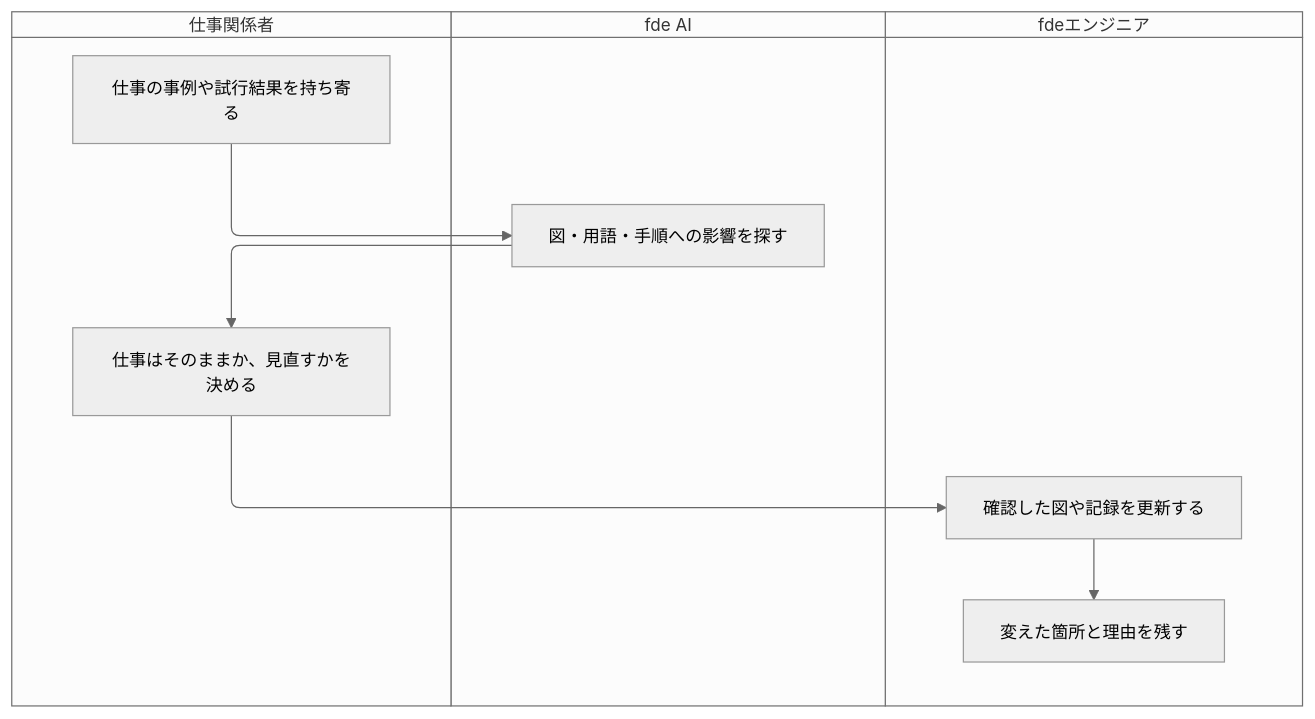
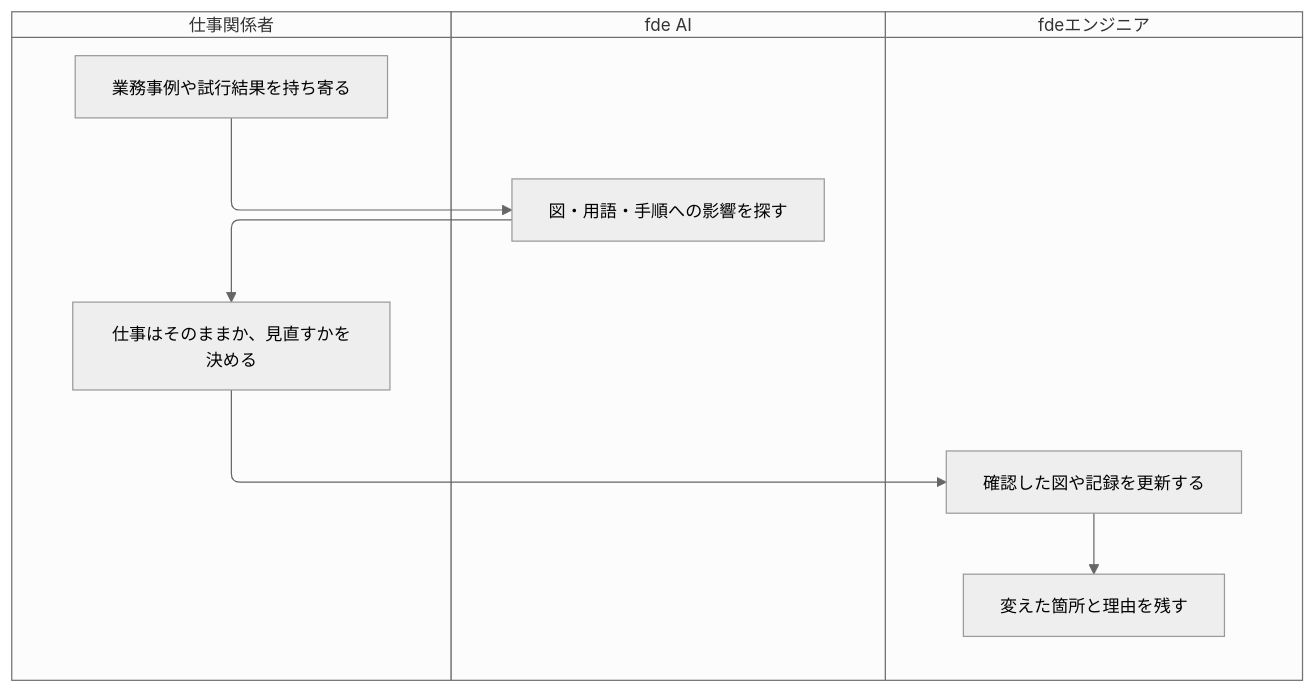
Before and after one commit to maakbo/fde: the second of 2 diagrams in experiments/fde-product-pivot/visualization/work/maintain/README.md, drawn with Mermaid. The commit also changed other lines of this file and 5 other files, not shown here.

````diff
--- a/experiments/fde-product-pivot/visualization/work/maintain/README.md
+++ b/experiments/fde-product-pivot/visualization/work/maintain/README.md
@@ -70,28 +70,28 @@
 ```mermaid
 ---
 config:
   theme: neutral
   swimlane:
     ignoreCrossLaneEdges: false
     optimizeRanksByCrossings: false
   themeVariables:
     fontFamily: "Inter, Hiragino Sans, sans-serif"
     fontSize: "14px"
 ---
 swimlane-beta TB
   accTitle: 指摘を確かめて直す
   accDescr: 仕事関係者が事例や結果を持ち寄り、fde AIが影響を探します。仕事関係者が見直すかを決め、fdeエンジニアが図や記録を更新し、理由を残します。
   %% 手順は上から下。誰が判断し、どこで情報を受け渡すかを示す。
   subgraph people [仕事関係者]
-    note["仕事の事例や試行結果を持ち寄る"]
+    note["業務事例や試行結果を持ち寄る"]
     confirm["仕事はそのままか、見直すかを決める"]
   end
   subgraph ai [fde AI]
     impact["図・用語・手順への影響を探す"]
   end
   subgraph engineer [fdeエンジニア]
     update["確認した図や記録を更新する"]
     record["変えた箇所と理由を残す"]
   end
   note --> impact --> confirm --> update --> record
 ```
````
